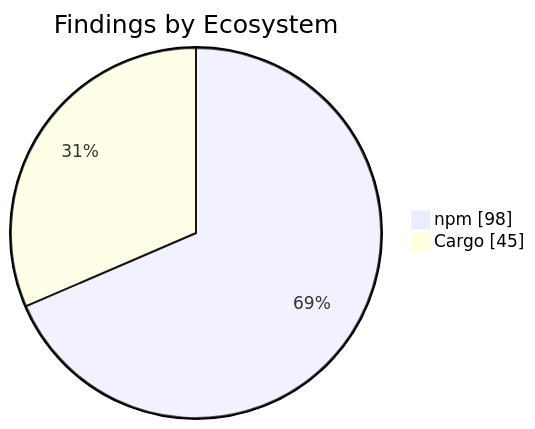
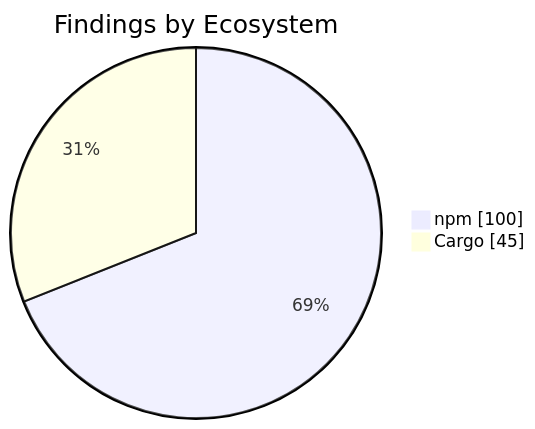
One commit to KBVE/kbve changed the second of 2 diagrams in apps/kbve/astro-kbve/src/content/docs/dashboard/security.mdx. Above: the diagram before and after it, drawn with Mermaid. The commit also changed other lines of this file and 1 other file, not shown here.

````diff
--- a/apps/kbve/astro-kbve/src/content/docs/dashboard/security.mdx
+++ b/apps/kbve/astro-kbve/src/content/docs/dashboard/security.mdx
@@ -159,6 +159,6 @@
 ```mermaid
 pie showData
     title Findings by Ecosystem
-    "npm" : 98
+    "npm" : 100
     "Cargo" : 45
 ```
````
